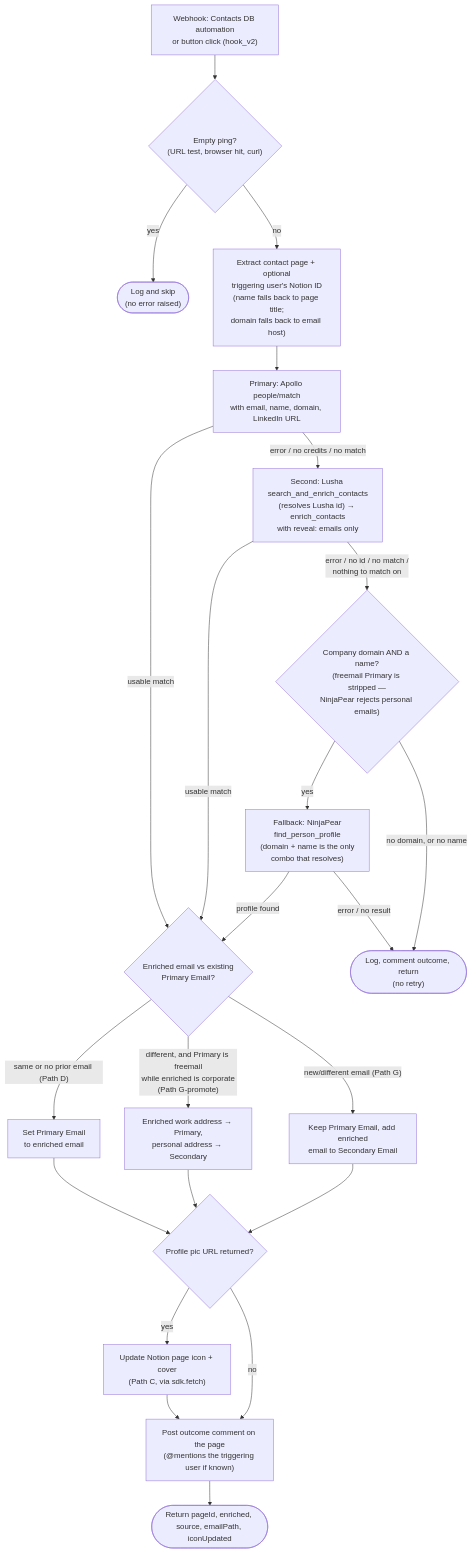
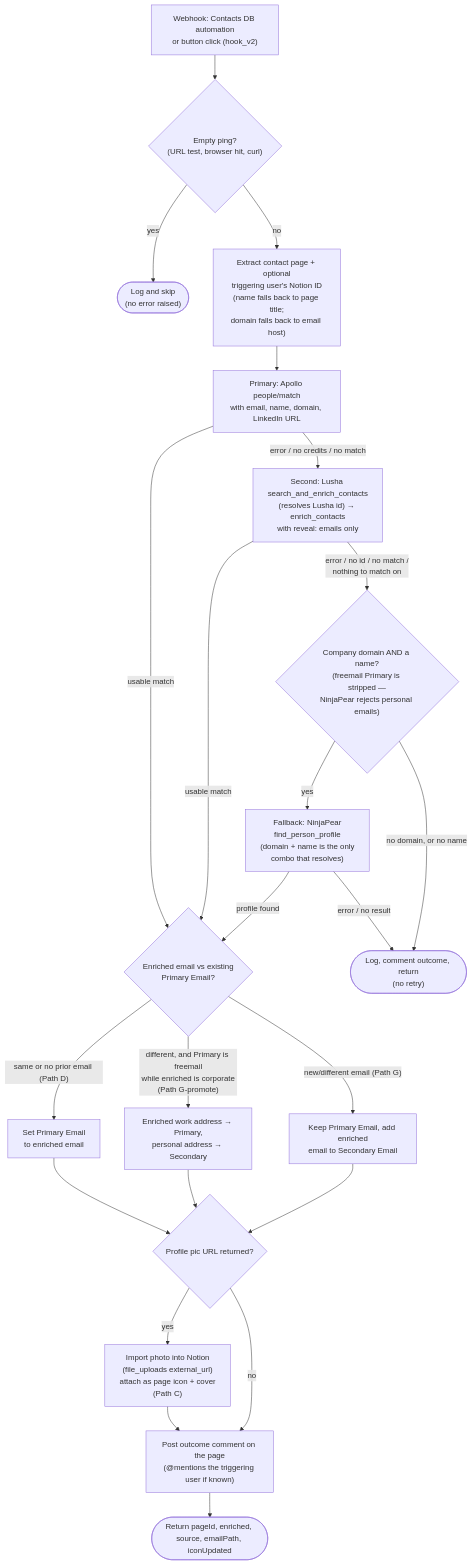
The diagram in enrich-contact-records/README.md (work-flowers/zapier-sdk), drawn with Mermaid before and after one commit. The commit also changed other lines of this file and 5 other files, not shown here.

````diff
--- a/enrich-contact-records/README.md
+++ b/enrich-contact-records/README.md
@@ -122,24 +126,24 @@
 ```mermaid
 flowchart TD
     A["Webhook: Contacts DB automation<br/>or button click (hook_v2)"] --> P{"Empty ping?<br/>(URL test, browser hit, curl)"}
     P -- yes --> PS(["Log and skip<br/>(no error raised)"])
     P -- no --> B["Extract contact page + optional<br/>triggering user's Notion ID<br/>(name falls back to page title;<br/>domain falls back to email host)"]
     B --> AP["Primary: Apollo people/match<br/>with email, name, domain, LinkedIn URL"]
     AP -- "usable match" --> E
     AP -- "error / no credits / no match" --> LU["Second: Lusha search_and_enrich_contacts<br/>(resolves Lusha id) → enrich_contacts<br/>with reveal: emails only"]
     LU -- "usable match" --> E
     LU -- "error / no id / no match /<br/>nothing to match on" --> NPG{"Company domain AND a name?<br/>(freemail Primary is stripped —<br/>NinjaPear rejects personal emails)"}
     NPG -- "yes" --> NP["Fallback: NinjaPear<br/>find_person_profile<br/>(domain + name is the only<br/>combo that resolves)"]
     NPG -- "no domain, or no name" --> D
     NP -- "profile found" --> E{"Enriched email vs existing<br/>Primary Email?"}
     NP -- "error / no result" --> D(["Log, comment outcome, return<br/>(no retry)"])
     E -- "same or no prior email (Path D)" --> F["Set Primary Email<br/>to enriched email"]
     E -- "different, and Primary is freemail<br/>while enriched is corporate<br/>(Path G-promote)" --> GP["Enriched work address → Primary,<br/>personal address → Secondary"]
     E -- "new/different email (Path G)" --> G["Keep Primary Email, add enriched<br/>email to Secondary Email"]
     F --> H{"Profile pic URL returned?"}
     GP --> H
     G --> H
-    H -- yes --> I["Update Notion page icon + cover<br/>(Path C, via sdk.fetch)"] --> J
+    H -- yes --> I["Import photo into Notion<br/>(file_uploads external_url)<br/>attach as page icon + cover<br/>(Path C)"] --> J
     H -- no --> J["Post outcome comment on the page<br/>(@mentions the triggering user if known)"]
     J --> K(["Return pageId, enriched, source, emailPath, iconUpdated"])
 ```
````
